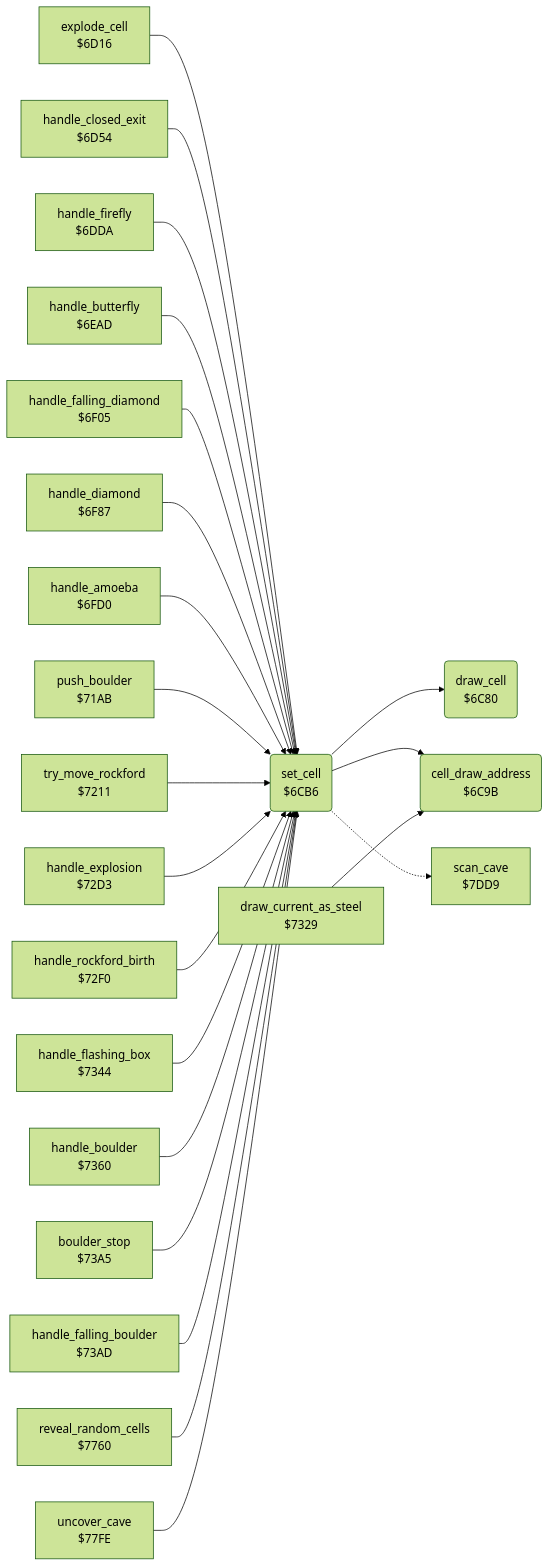
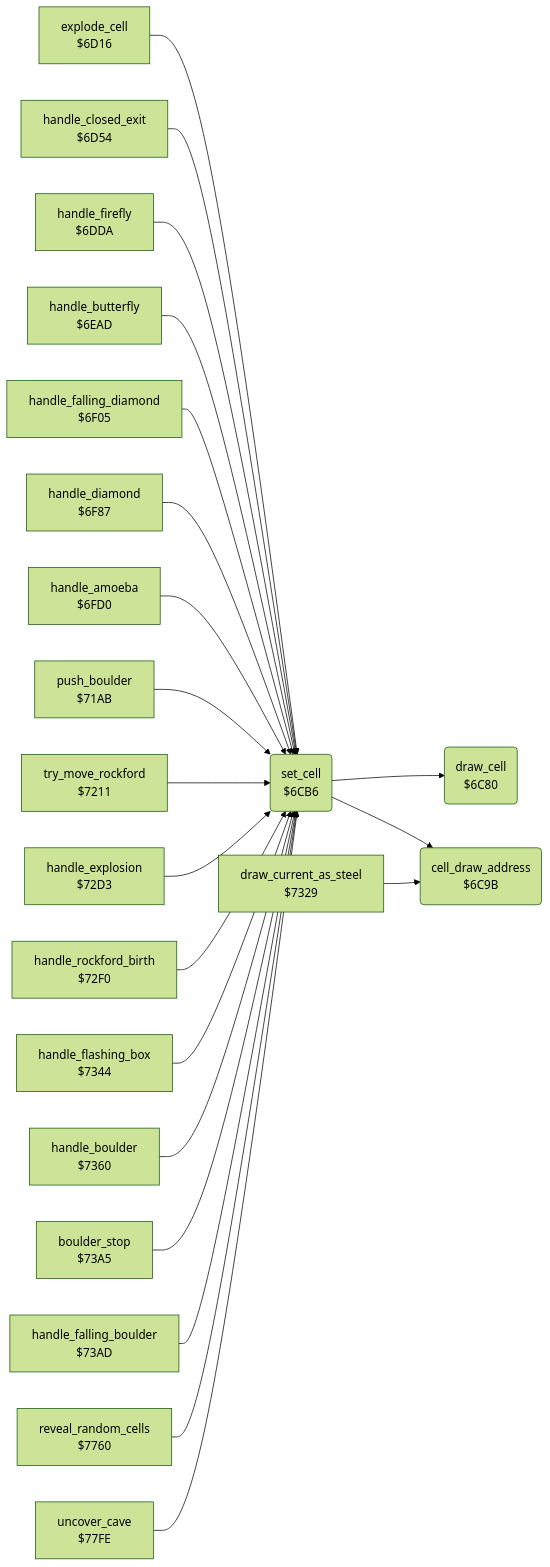
One commit to henols/c64_games changed the diagram in boulder_dash/v1/docs/reference/modules/engine/cell_draw.md. Above: the diagram before and after it, drawn with Mermaid (forest theme). The commit also changed other lines of this file and 1100 other files, not shown here.

````diff
--- a/boulder_dash/v1/docs/reference/modules/engine/cell_draw.md
+++ b/boulder_dash/v1/docs/reference/modules/engine/cell_draw.md
@@ -10,46 +19,44 @@
 ```mermaid
 flowchart LR
   n6c80("draw_cell<br/>$6C80")
   n6c9b("cell_draw_address<br/>$6C9B")
   n6cb6("set_cell<br/>$6CB6")
   n6d16["explode_cell<br/>$6D16"]
   n6d54["handle_closed_exit<br/>$6D54"]
   n6dda["handle_firefly<br/>$6DDA"]
   n6ead["handle_butterfly<br/>$6EAD"]
   n6f05["handle_falling_diamond<br/>$6F05"]
   n6f87["handle_diamond<br/>$6F87"]
   n6fd0["handle_amoeba<br/>$6FD0"]
   n71ab["push_boulder<br/>$71AB"]
   n7211["try_move_rockford<br/>$7211"]
   n72d3["handle_explosion<br/>$72D3"]
   n72f0["handle_rockford_birth<br/>$72F0"]
   n7329["draw_current_as_steel<br/>$7329"]
   n7344["handle_flashing_box<br/>$7344"]
   n7360["handle_boulder<br/>$7360"]
   n73a5["boulder_stop<br/>$73A5"]
   n73ad["handle_falling_boulder<br/>$73AD"]
   n7760["reveal_random_cells<br/>$7760"]
   n77fe["uncover_cave<br/>$77FE"]
-  n7dd9["scan_cave<br/>$7DD9"]
   n6cb6 --> n6c80
   n6cb6 --> n6c9b
-  n6cb6 -.-> n7dd9
   n6d16 --> n6cb6
   n6d54 --> n6cb6
   n6dda --> n6cb6
   n6ead --> n6cb6
   n6f05 --> n6cb6
   n6f87 --> n6cb6
   n6fd0 --> n6cb6
   n71ab --> n6cb6
   n7211 --> n6cb6
   n72d3 --> n6cb6
   n72f0 --> n6cb6
   n7329 --> n6c9b
   n7344 --> n6cb6
   n7360 --> n6cb6
   n73a5 --> n6cb6
   n73ad --> n6cb6
   n7760 --> n6cb6
   n77fe --> n6cb6
 ```
````
